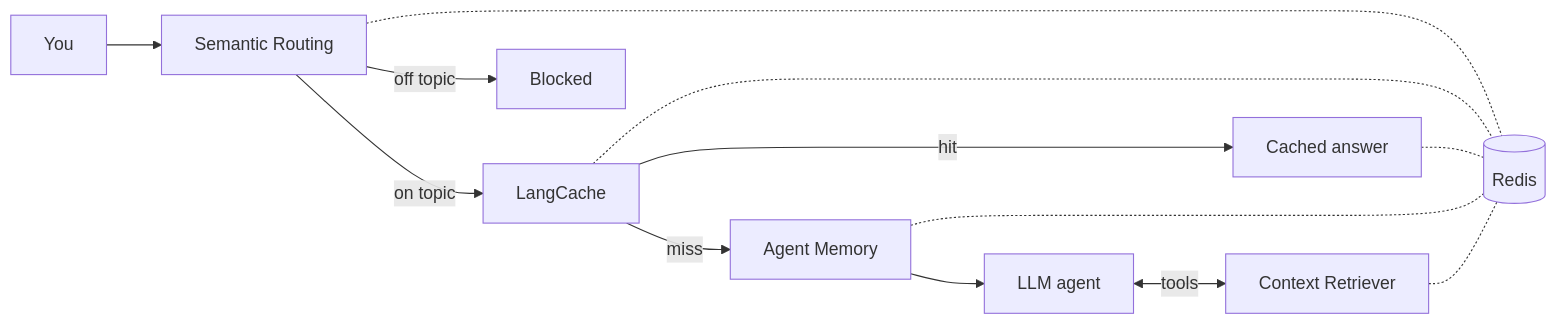
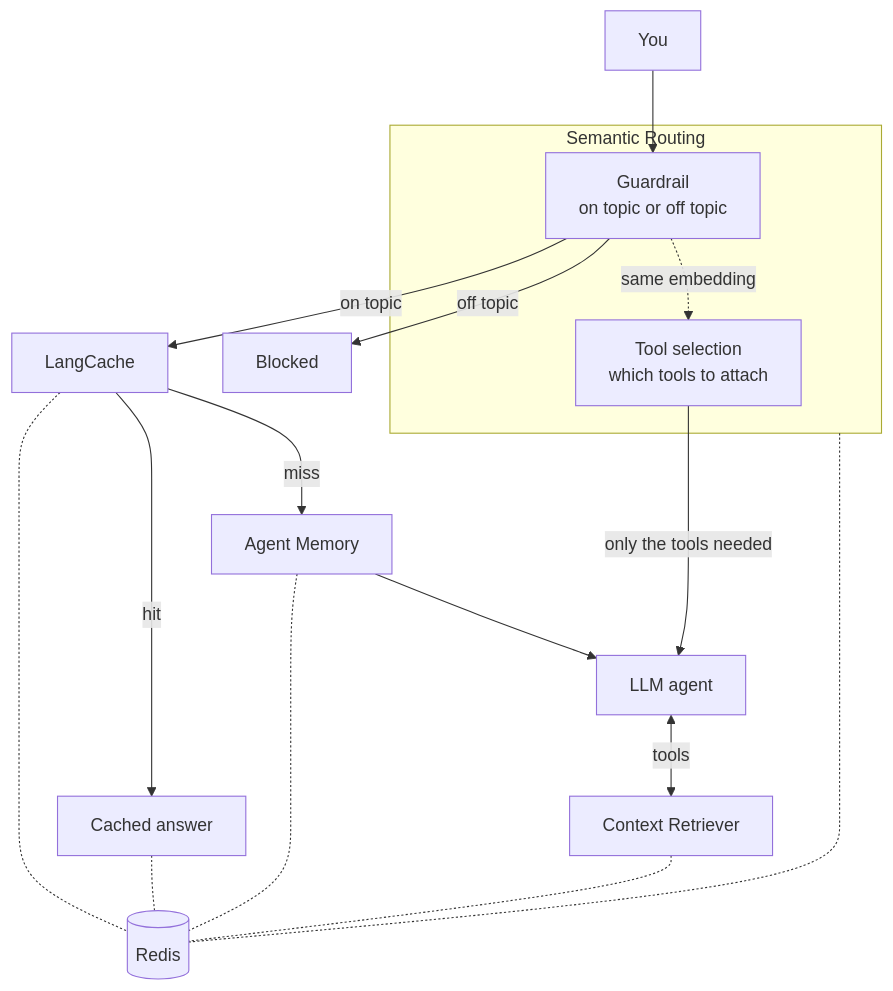
Before and after one commit to mattstieferman-redis/iris-workshop: the diagram in docs/home.md, drawn with Mermaid. The commit also changed other lines of this file and 4 other files, not shown here.

First line of the commit message:
Show tool selection in the architecture diagram; fix Redis Insight setup

````diff
--- a/docs/home.md
+++ b/docs/home.md
@@ -18,15 +18,21 @@
 ```mermaid
-graph LR
-    U[You] --> G[Semantic Routing]
+graph TD
+    U[You] --> G
+    subgraph SR[Semantic Routing]
+        G["Guardrail<br/>on topic or off topic"]
+        TS["Tool selection<br/>which tools to attach"]
+    end
+    G -->|off topic| X[Blocked]
     G -->|on topic| C[LangCache]
-    G -->|off topic| X[Blocked]
     C -->|hit| O[Cached answer]
     C -->|miss| M[Agent Memory]
     M --> A[LLM agent]
+    G -.->|same embedding| TS
+    TS -->|only the tools needed| A
     A <-->|tools| R[Context Retriever]
-    G -.- D[(Redis)]
+    SR -.- D[(Redis)]
     C -.- D
     O -.- D
     M -.- D
     R -.- D
 ```
````
